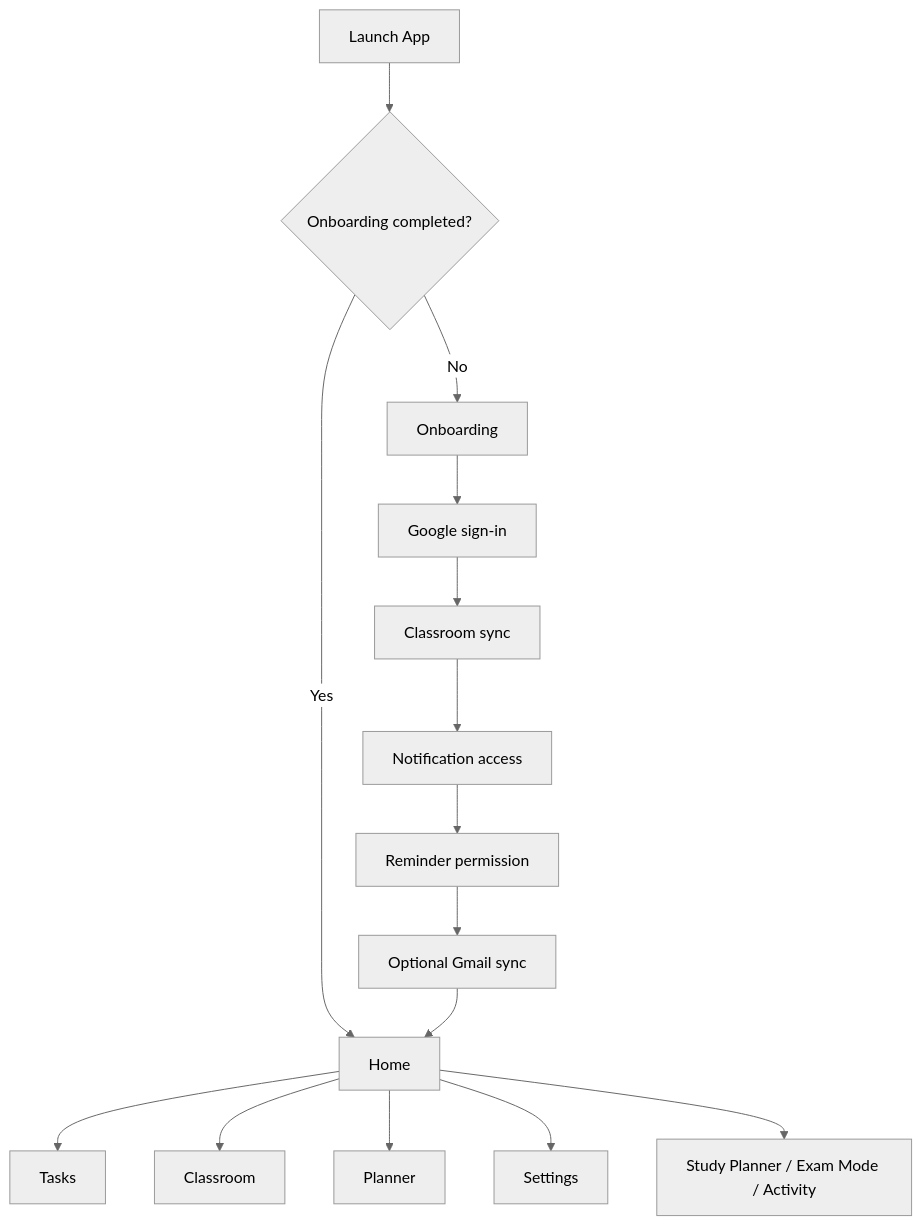
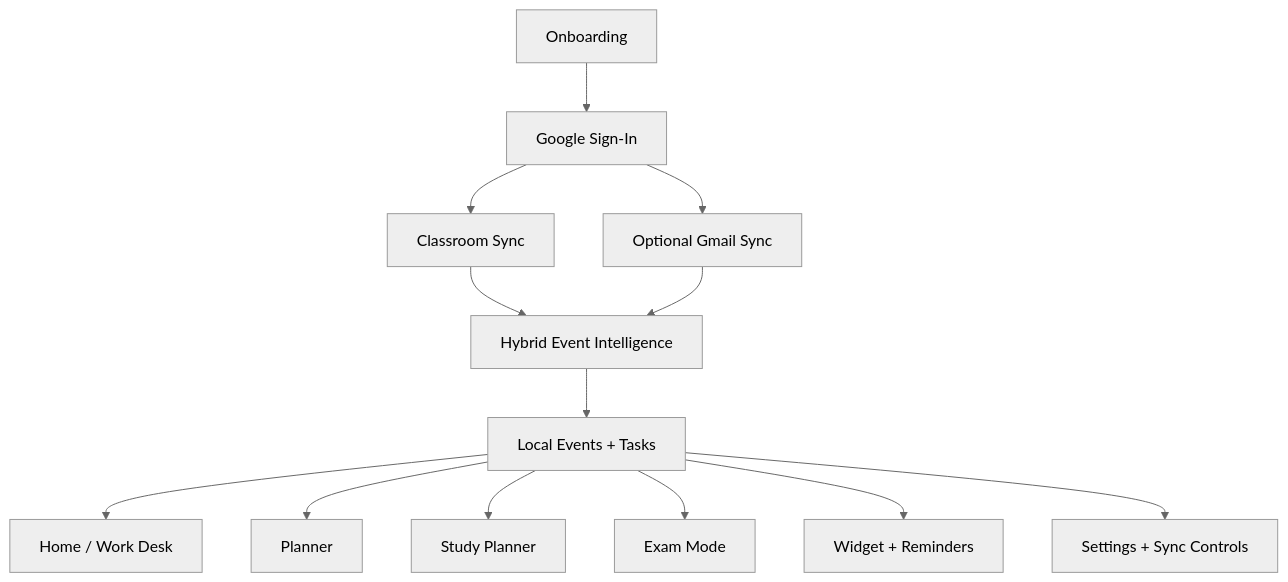
Before and after one commit to InsaneCoder789/ClassSync: the first of 3 diagrams in README.md, drawn with Mermaid (neutral theme). The commit also changed other lines of this file and 31 other files, not shown here.

Commit message:
feat: Add hybrid TFLite event intelligence - Train and integrate the optional on-device event classifier - Preserve rule-based fallback and task suppression for synced items - Refresh README and ignore local training artifacts

````diff
--- a/README.md
+++ b/README.md
@@ -31,17 +25,15 @@
 ```mermaid
 flowchart TD
-    A["Launch App"] --> B{"Onboarding completed?"}
-    B -- "No" --> C["Onboarding"]
-    B -- "Yes" --> D["Home"]
-    C --> E["Google sign-in"]
-    E --> F["Classroom sync"]
-    F --> G["Notification access"]
-    G --> H["Reminder permission"]
-    H --> I["Optional Gmail sync"]
-    I --> D
-    D --> J["Tasks"]
-    D --> K["Classroom"]
-    D --> L["Planner"]
-    D --> M["Settings"]
-    D --> N["Study Planner / Exam Mode / Activity"]
+    A["Onboarding"] --> B["Google Sign-In"]
+    B --> C["Classroom Sync"]
+    B --> D["Optional Gmail Sync"]
+    C --> E["Hybrid Event Intelligence"]
+    D --> E
+    E --> F["Local Events + Tasks"]
+    F --> G["Home / Work Desk"]
+    F --> H["Planner"]
+    F --> I["Study Planner"]
+    F --> J["Exam Mode"]
+    F --> K["Widget + Reminders"]
+    F --> L["Settings + Sync Controls"]
 ```
````
